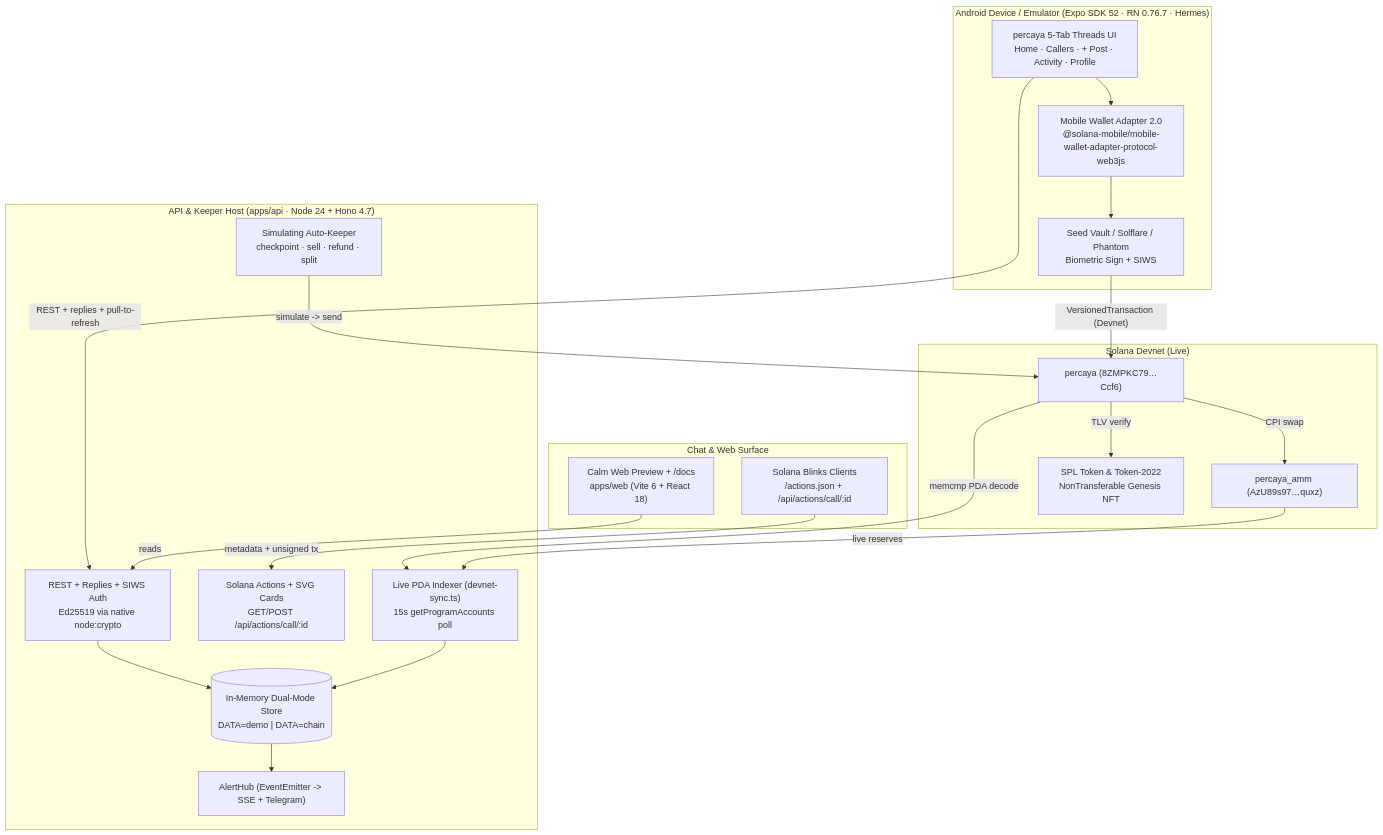
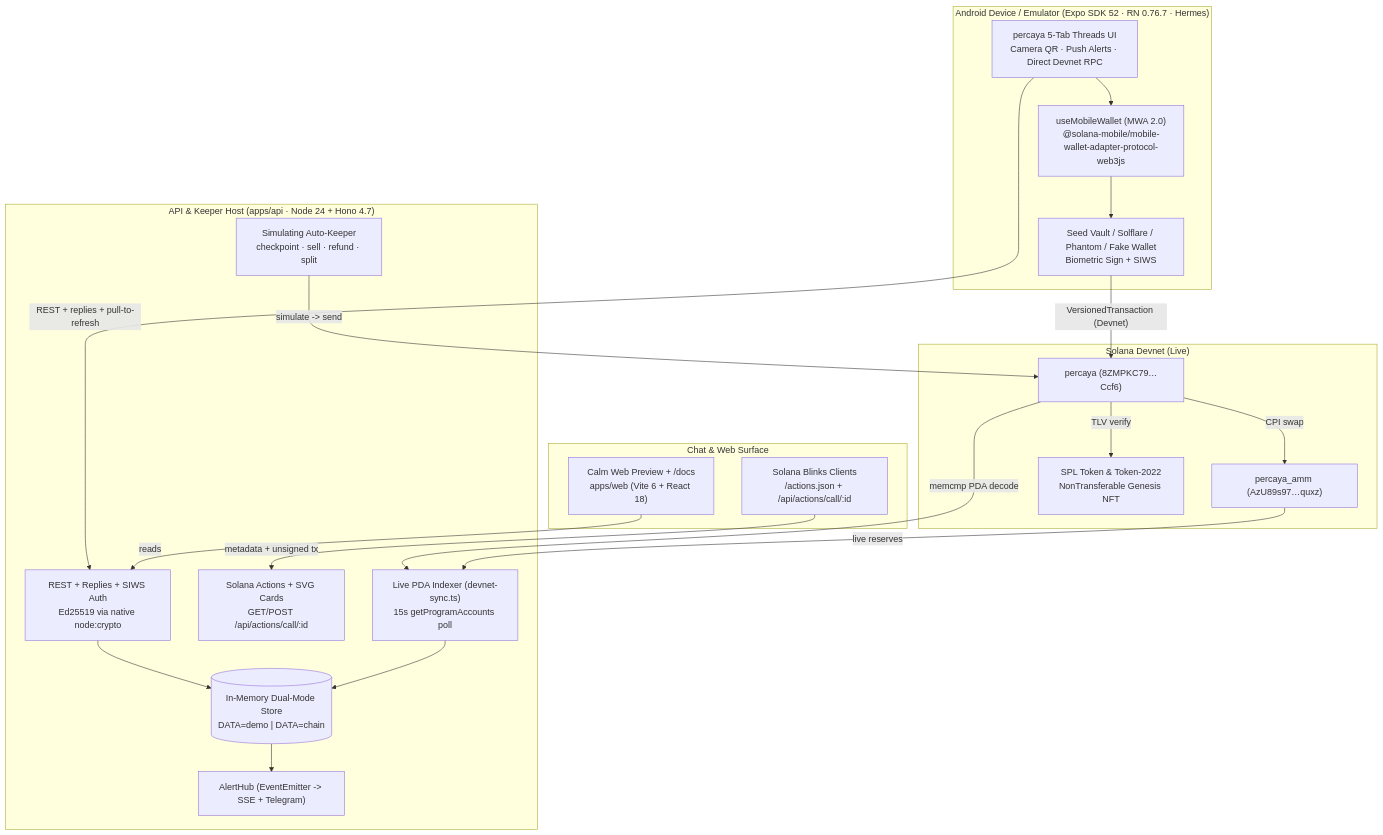
One commit to rebelchain/percaya changed the diagram in docs/architecture.md. Above: the diagram before and after it, drawn with Mermaid. The commit also changed other lines of this file, not shown here.

Commit message:
docs(architecture): document on-device Devnet RPC, useMobileWallet, QR camera, notifications, and /api/faucet

````diff
--- a/docs/architecture.md
+++ b/docs/architecture.md
@@ -9,42 +9,42 @@
 ```mermaid
 flowchart TB
     subgraph Android["Android Device / Emulator (Expo SDK 52 · RN 0.76.7 · Hermes)"]
-        App["percaya 5-Tab Threads UI<br/>Home · Callers · + Post · Activity · Profile"]
-        MWA["Mobile Wallet Adapter 2.0<br/>@solana-mobile/mobile-wallet-adapter-protocol-web3js"]
-        Wallet["Seed Vault / Solflare / Phantom<br/>Biometric Sign + SIWS"]
+        App["percaya 5-Tab Threads UI<br/>Camera QR · Push Alerts · Direct Devnet RPC"]
+        MWA["useMobileWallet (MWA 2.0)<br/>@solana-mobile/mobile-wallet-adapter-protocol-web3js"]
+        Wallet["Seed Vault / Solflare / Phantom / Fake Wallet<br/>Biometric Sign + SIWS"]
         App --> MWA --> Wallet
     end
 
     subgraph Web["Chat & Web Surface"]
         WebApp["Calm Web Preview + /docs<br/>apps/web (Vite 6 + React 18)"]
         Blink["Solana Blinks Clients<br/>/actions.json + /api/actions/call/:id"]
     end
 
     subgraph API["API & Keeper Host (apps/api · Node 24 + Hono 4.7)"]
         HTTP["REST + Replies + SIWS Auth<br/>Ed25519 via native node:crypto"]
         Act["Solana Actions + SVG Cards<br/>GET/POST /api/actions/call/:id"]
         Sync["Live PDA Indexer (devnet-sync.ts)<br/>15s getProgramAccounts poll"]
         Kpr["Simulating Auto-Keeper<br/>checkpoint · sell · refund · split"]
         SSE["AlertHub (EventEmitter -> SSE + Telegram)"]
         Store[("In-Memory Dual-Mode Store<br/>DATA=demo | DATA=chain")]
     end
 
     subgraph Chain["Solana Devnet (Live)"]
         Prog["percaya (8ZMPKC79…Ccf6)"]
         AMM["percaya_amm (AzU89s97…quxz)"]
         T22["SPL Token & Token-2022<br/>NonTransferable Genesis NFT"]
     end
 
     App -- "REST + replies + pull-to-refresh" --> HTTP
     Wallet -- "VersionedTransaction (Devnet)" --> Prog
     WebApp -- "reads" --> HTTP
     Blink -- "metadata + unsigned tx" --> Act
     HTTP --> Store
     Sync --> Store
     Store --> SSE
     Prog -- "memcmp PDA decode" --> Sync
     AMM -- "live reserves" --> Sync
     Kpr -- "simulate -> send" --> Prog
     Prog -- "CPI swap" --> AMM
     Prog -- "TLV verify" --> T22
 ```
````
